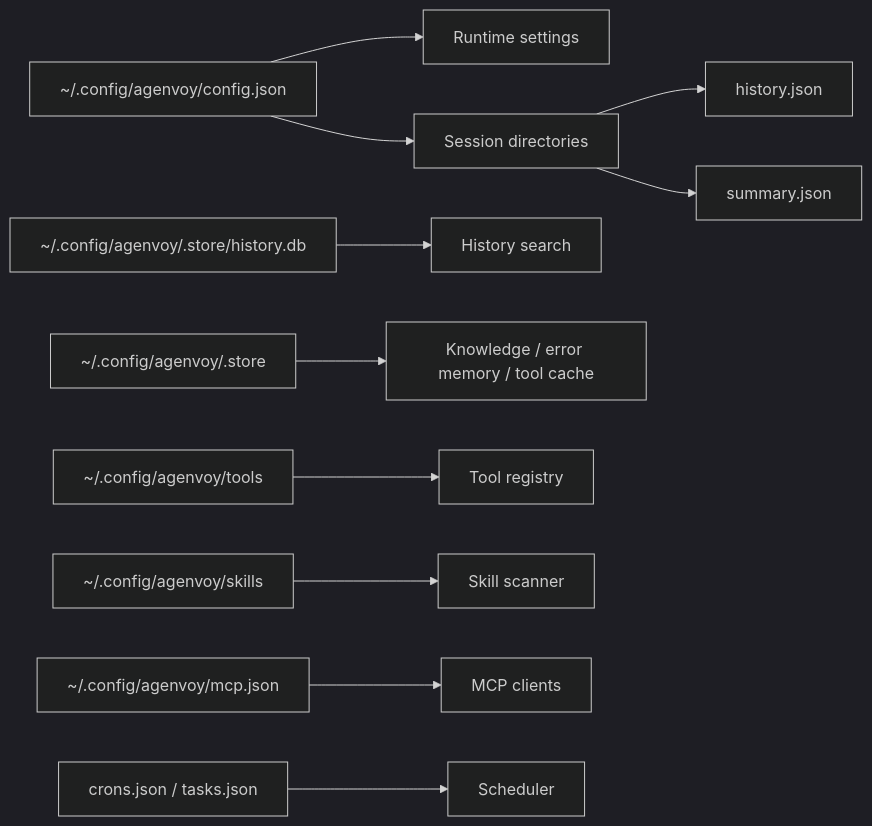
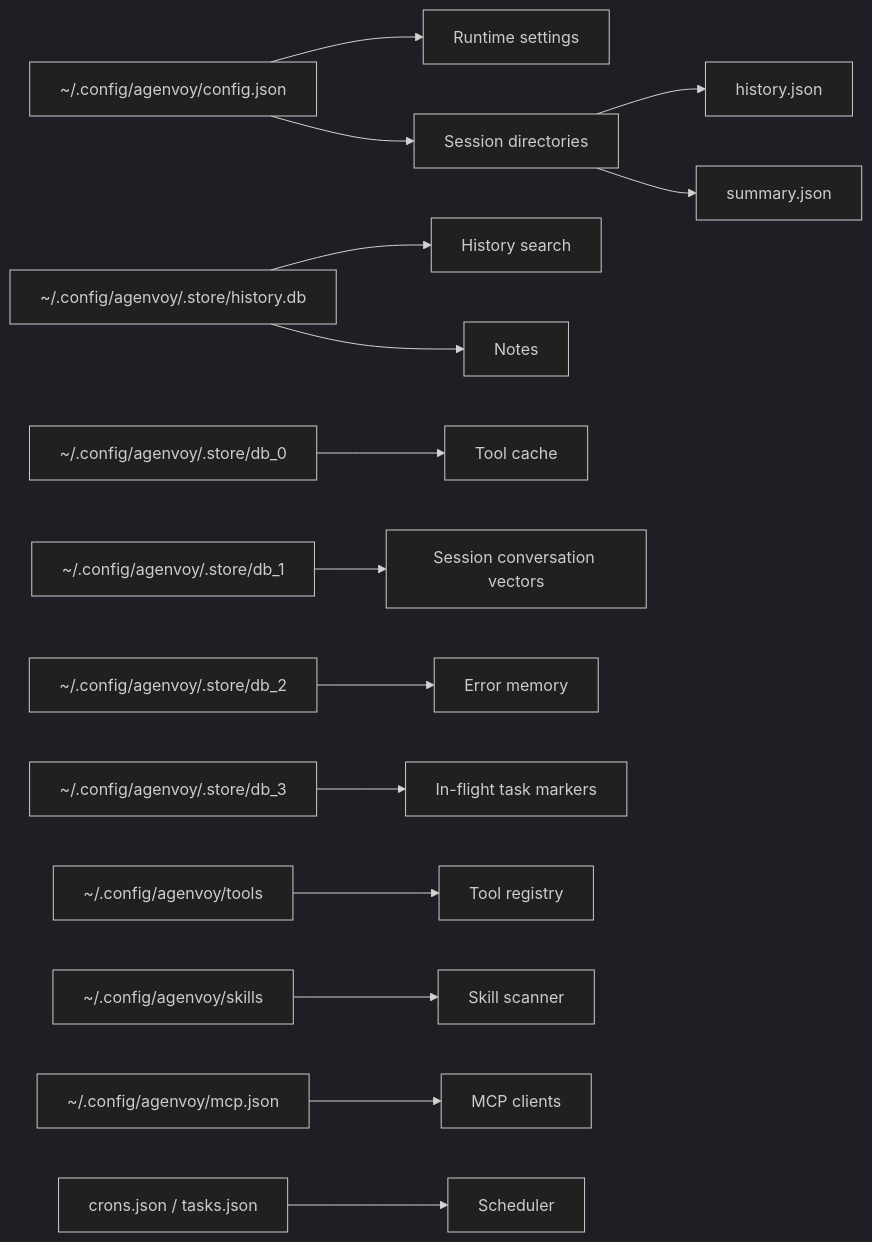
The ninth of 9 diagrams in doc/architecture.md (agenvoy/Agenvoy), drawn with Mermaid (dark theme) before and after one commit. The commit also changed other lines of this file and 3 other files, not shown here.

Commit message:
doc: Document renamed quota and note APIs and storage architecture

````diff
--- a/doc/architecture.md
+++ b/doc/architecture.md
@@ -176,13 +176,17 @@
 ```mermaid
 flowchart LR
     Config[~/.config/agenvoy/config.json] --> Runtime[Runtime settings]
     Config --> Sessions[Session directories]
     Sessions --> History[history.json]
     Sessions --> Summary[summary.json]
     SQLite[~/.config/agenvoy/.store/history.db] --> Search[History search]
-    Store[~/.config/agenvoy/.store] --> Knowledge[Knowledge / error memory / tool cache]
+    SQLite --> Note[Notes]
+    Torii0[~/.config/agenvoy/.store/db_0] --> ToolCache[Tool cache]
+    Torii1[~/.config/agenvoy/.store/db_1] --> SessionMemory[Session conversation vectors]
+    Torii2[~/.config/agenvoy/.store/db_2] --> ErrorMemory[Error memory]
+    Torii3[~/.config/agenvoy/.store/db_3] --> Online[In-flight task markers]
     Tools[~/.config/agenvoy/tools] --> Registry[Tool registry]
     Skills[~/.config/agenvoy/skills] --> Scanner[Skill scanner]
     MCP[~/.config/agenvoy/mcp.json] --> MCPClient[MCP clients]
     Schedules[crons.json / tasks.json] --> Scheduler[Scheduler]
 ```
````
